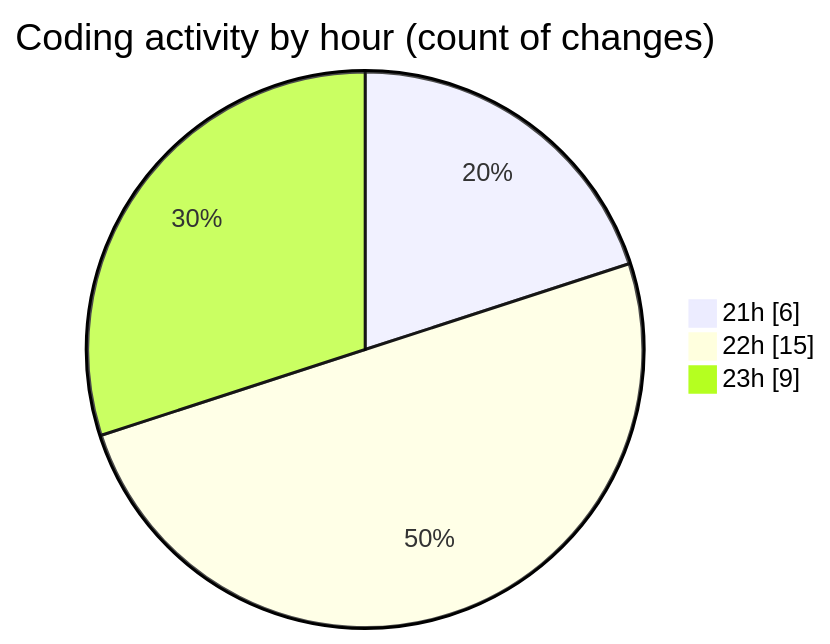
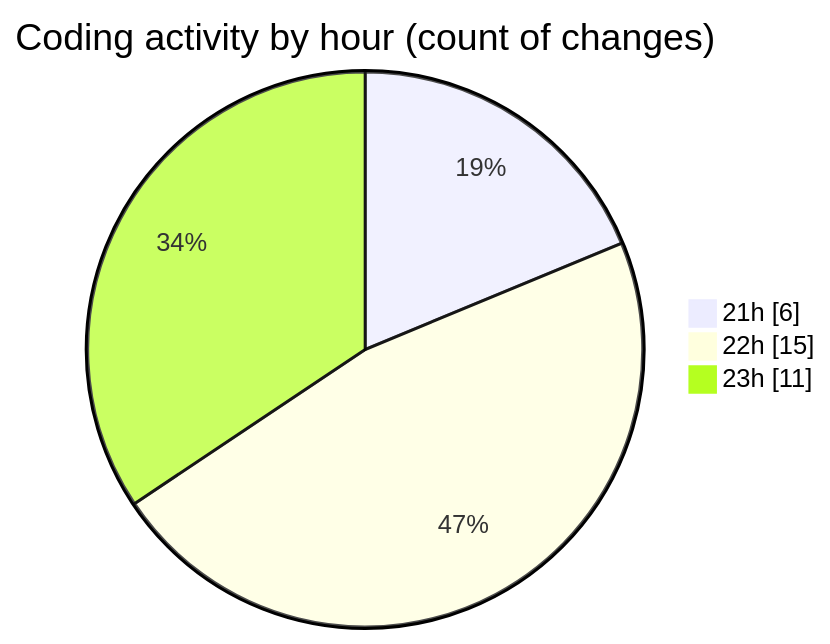
The second of 2 diagrams in 2025-07-24/cohera/README.md (JenPaints/code-tracking), drawn with Mermaid before and after one commit. The commit also changed other lines of this file and 1 other file, not shown here.

````diff
--- a/2025-07-24/cohera/README.md
+++ b/2025-07-24/cohera/README.md
@@ -41,7 +42,7 @@
 ```mermaid
 pie showData
 title Coding activity by hour (count of changes)
 "21h" : 6
 "22h" : 15
-"23h" : 9
+"23h" : 11
 ```
````
